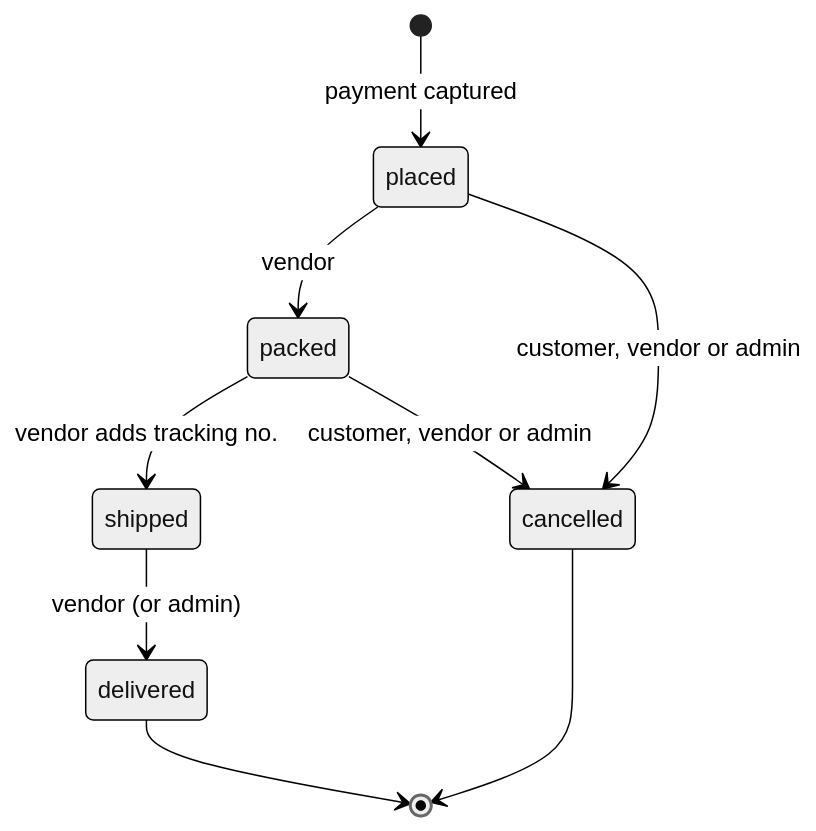
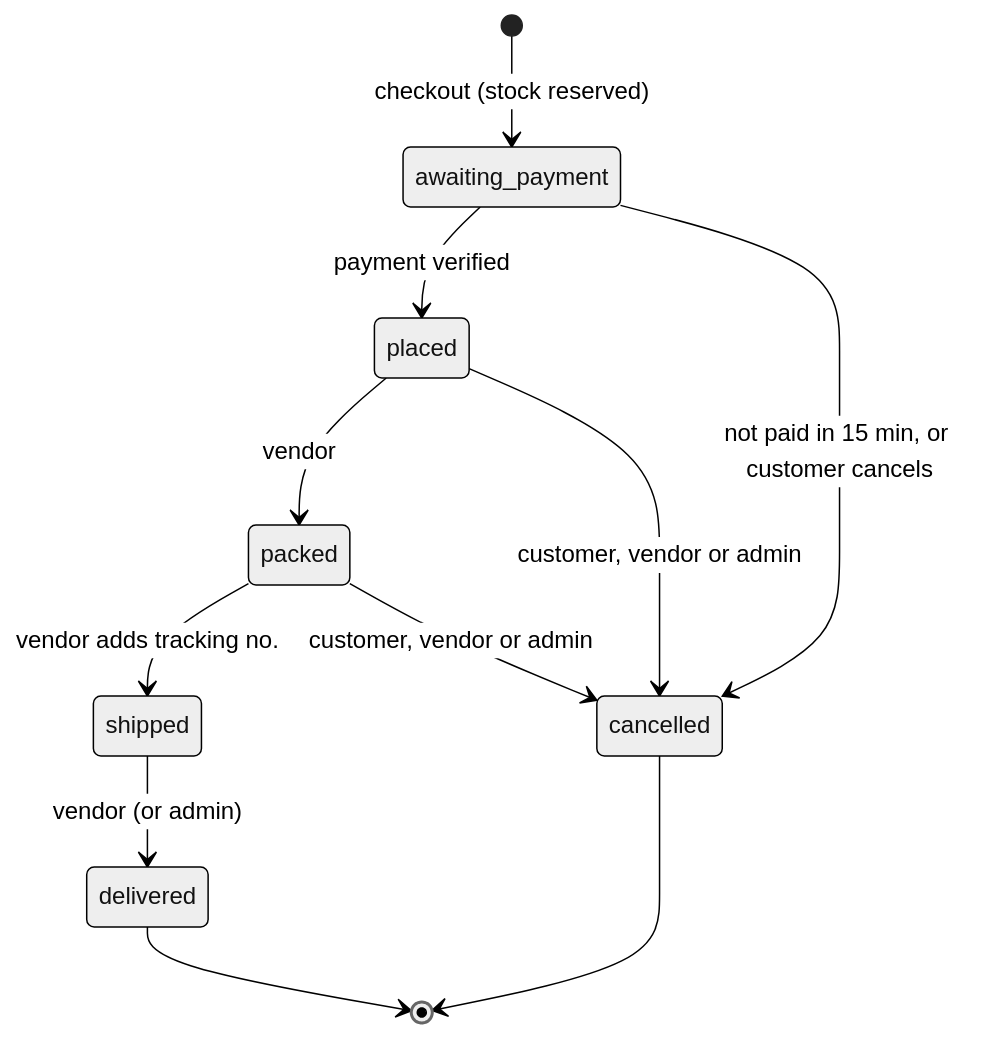
The third of 3 diagrams in FS-01/docs/specs/02-app-flow.md (Adarsh619/Rout_Adarsh_Pradhan_Capstone_Projects), drawn with Mermaid (neutral theme) before and after one commit. The commit also changed 52 other files, not shown here.

First line of the commit message:
feat(fs01): Day 5 cart, checkout with stock reservation, and order tracking

````diff
--- a/FS-01/docs/specs/02-app-flow.md
+++ b/FS-01/docs/specs/02-app-flow.md
@@ -59,11 +59,13 @@
 ```mermaid
 stateDiagram-v2
-  [*] --> placed: payment captured
+  [*] --> awaiting_payment: checkout (stock reserved)
+  awaiting_payment --> placed: payment verified
+  awaiting_payment --> cancelled: not paid in 15 min, or customer cancels
   placed --> packed: vendor
   packed --> shipped: vendor adds tracking no.
   shipped --> delivered: vendor (or admin)
   placed --> cancelled: customer, vendor or admin
   packed --> cancelled: customer, vendor or admin
   delivered --> [*]
   cancelled --> [*]
 ```
````
